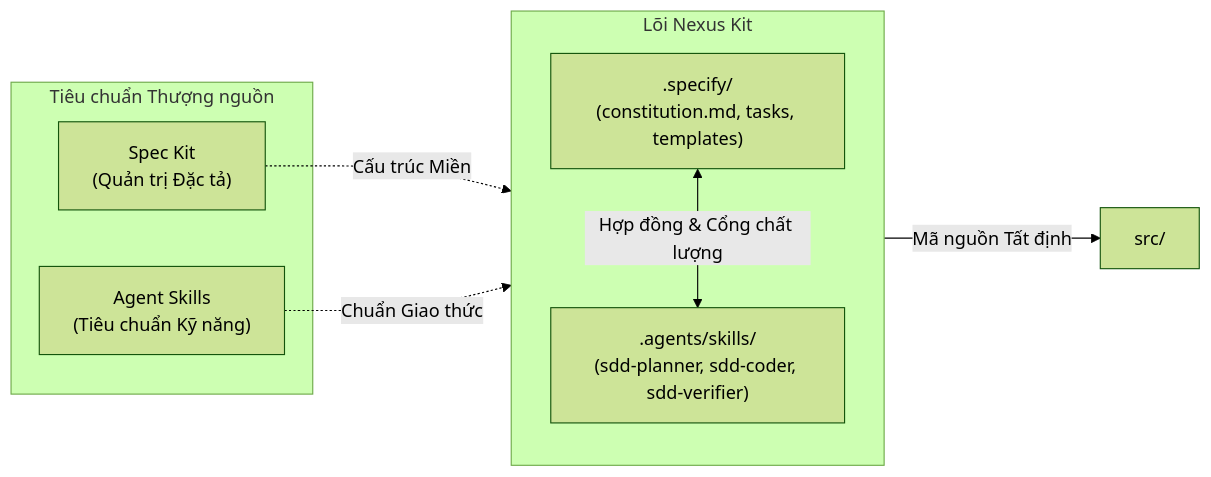
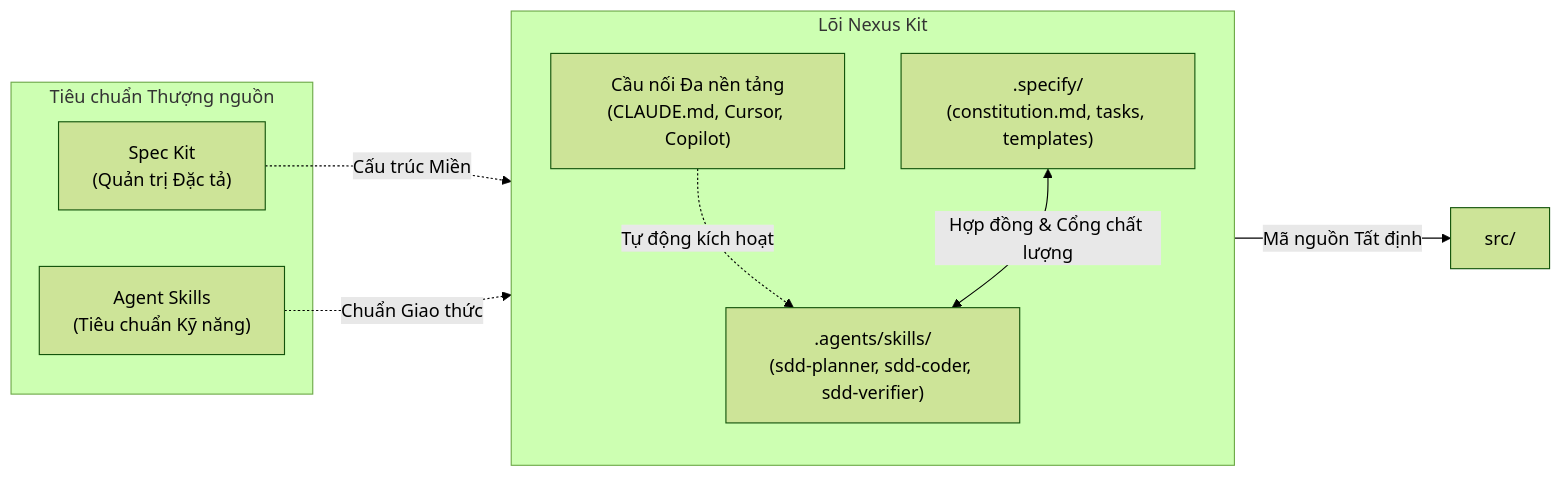
Before and after one commit to TranHuuQuyet/nexus-kit: the diagram in README.vi.md, drawn with Mermaid (forest theme). The commit also changed other lines of this file and 13 other files, not shown here.

Commit message:
feat: add multi-IDE adapters, production-grade SDD skills, and CLI --doctor diagnostics (v1.2.0)

````diff
--- a/README.vi.md
+++ b/README.vi.md
@@ -33,19 +33,21 @@
 ```mermaid
 flowchart LR
     subgraph Upstream["Tiêu chuẩn Thượng nguồn"]
         SK["Spec Kit\n(Quản trị Đặc tả)"]
         AS["Agent Skills\n(Tiêu chuẩn Kỹ năng)"]
     end
 
     subgraph NexusKit["Lõi Nexus Kit"]
         direction TB
         SpecDir[".specify/\n(constitution.md, tasks, templates)"]
         SkillsDir[".agents/skills/\n(sdd-planner, sdd-coder, sdd-verifier)"]
+        Adapters["Cầu nối Đa nền tảng\n(CLAUDE.md, Cursor, Copilot)"]
     end
 
     SK -. "Cấu trúc Miền" .-> SpecDir
     AS -. "Chuẩn Giao thức" .-> SkillsDir
+    Adapters -. "Tự động kích hoạt" .-> SkillsDir
 
     SpecDir <-->|"Hợp đồng & Cổng chất lượng"| SkillsDir
     SkillsDir -->|"Mã nguồn Tất định"| Src["src/"]
 ```
````
